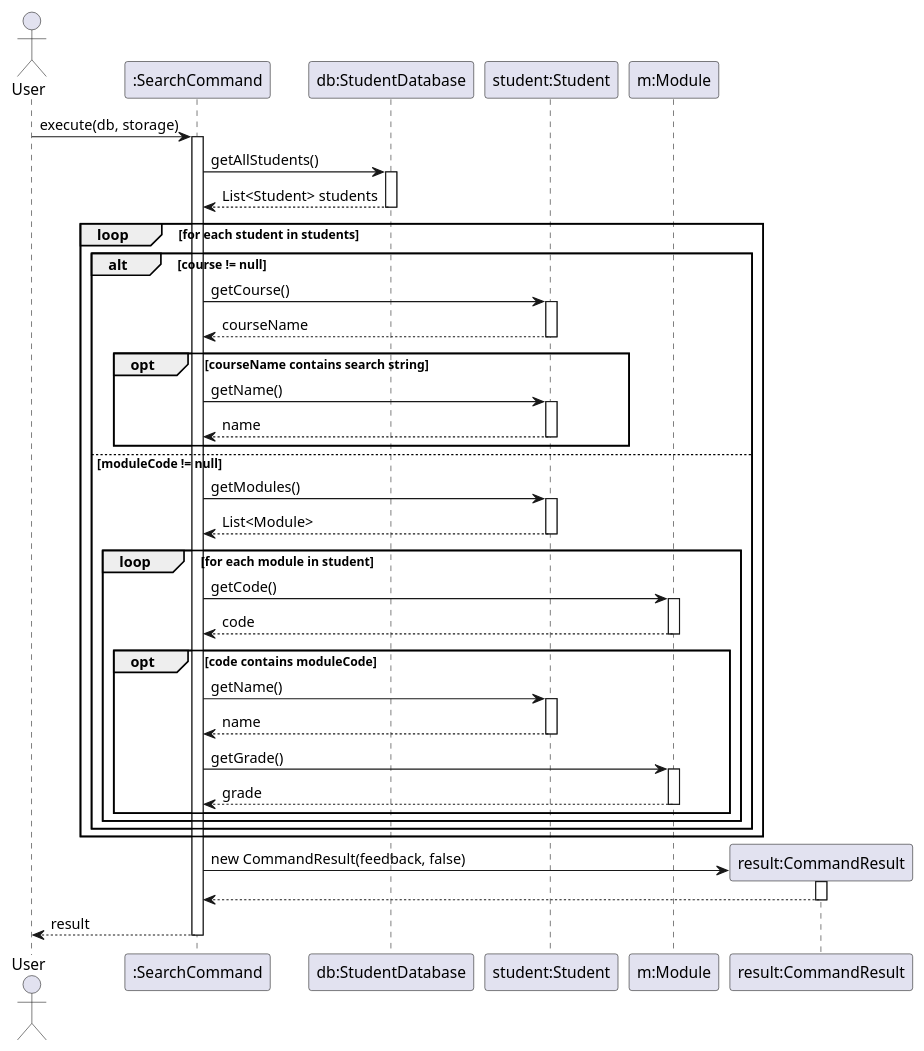
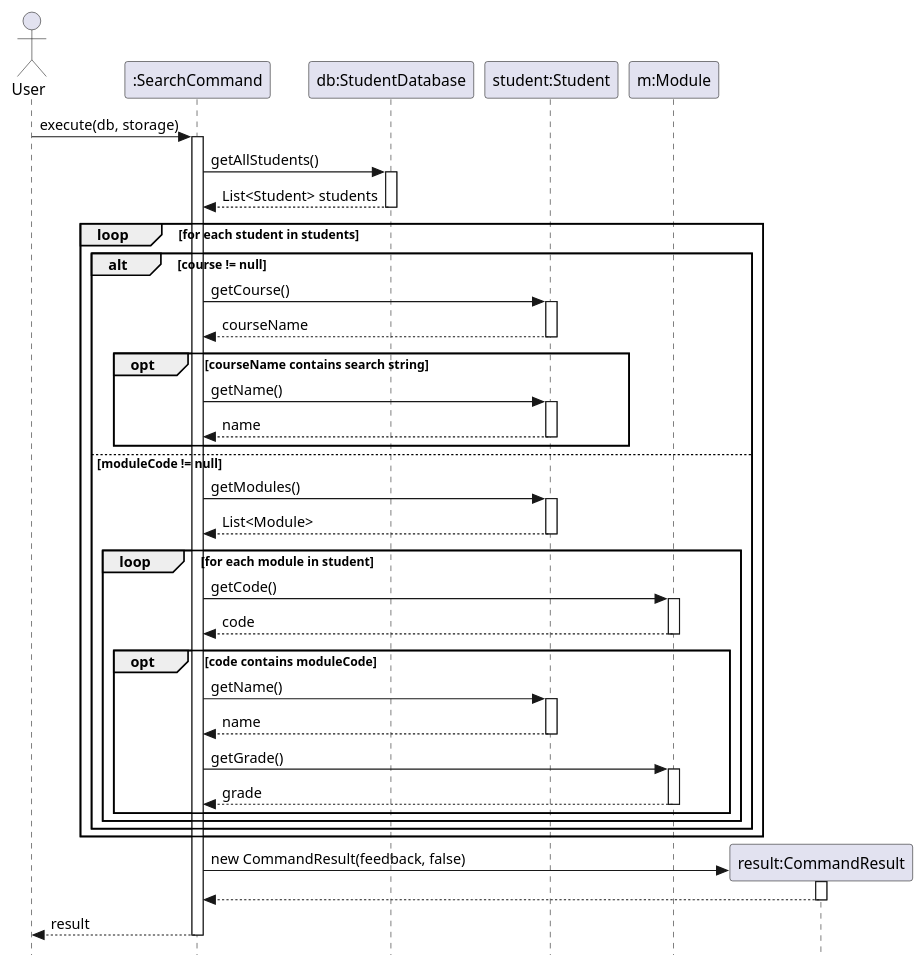
The diagram in docs/diagrams/SearchCommandSD.puml (AY2526S2-CS2113-T11-4/tp), drawn with PlantUML before and after one commit. The commit also changed 7 other files, not shown here.

Commit message:
Added strictuml style for diagrams

```diff
--- a/docs/diagrams/SearchCommandSD.puml
+++ b/docs/diagrams/SearchCommandSD.puml
@@ -1,65 +1,68 @@
 @startuml
+
+skinparam style strictuml
+
 actor User
 participant ":SearchCommand" as SC
 participant "db:StudentDatabase" as DB
 participant "student:Student" as S
 participant "m:Module" as M
 
 User -> SC : execute(db, storage)
 activate SC
 
 SC -> DB : getAllStudents()
 activate DB
 DB --> SC : List<Student> students
 deactivate DB
 
 loop for each student in students
     alt course != null
         SC -> S : getCourse()
         activate S
         S --> SC : courseName
         deactivate S
 
         opt courseName contains search string
             SC -> S : getName()
             activate S
             S --> SC : name
             deactivate S
         end
 
     else moduleCode != null
         SC -> S : getModules()
         activate S
         S --> SC : List<Module>
         deactivate S
 
         loop for each module in student
             SC -> M : getCode()
             activate M
             M --> SC : code
             deactivate M
 
             opt code contains moduleCode
                 SC -> S : getName()
                 activate S
                 S --> SC : name
                 deactivate S
 
                 SC -> M : getGrade()
                 activate M
                 M --> SC : grade
                 deactivate M
             end
         end
     end
 end
 
 create participant "result:CommandResult" as CR
 SC -> CR : new CommandResult(feedback, false)
 activate CR
 CR --> SC
 deactivate CR
 
 SC --> User : result
 deactivate SC
 @enduml
```
